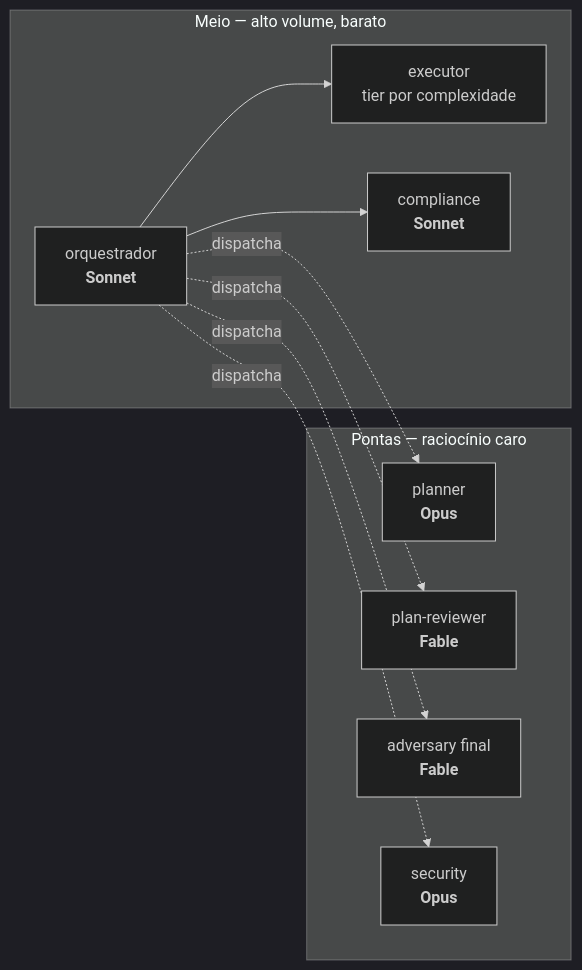
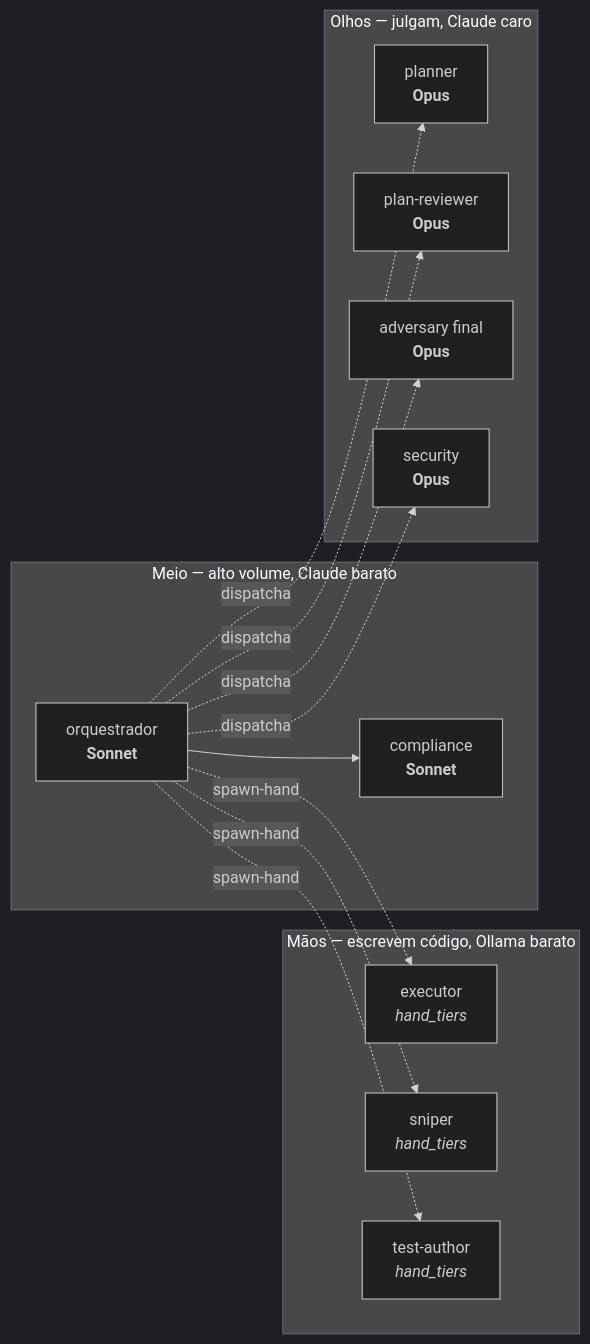
Before and after one commit to orobsonn/claude-harness: the third of 6 diagrams in README.md, drawn with Mermaid (dark theme). The commit also changed other lines of this file, not shown here.

````diff
--- a/README.md
+++ b/README.md
@@ -67,20 +67,26 @@
 ```mermaid
 flowchart LR
-    subgraph MEIO ["Meio — alto volume, barato"]
+    subgraph MAOS ["Mãos — escrevem código, Ollama barato"]
+        EXE["executor<br/><i>hand_tiers</i>"]
+        SNP["sniper<br/><i>hand_tiers</i>"]
+        TAU["test-author<br/><i>hand_tiers</i>"]
+    end
+    subgraph MEIO ["Meio — alto volume, Claude barato"]
         ORC["orquestrador<br/><b>Sonnet</b>"]
-        EXE["executor<br/>tier por complexidade"]
         CMP["compliance<br/><b>Sonnet</b>"]
     end
-    subgraph PONTAS ["Pontas — raciocínio caro"]
+    subgraph OLHOS ["Olhos — julgam, Claude caro"]
         PLA["planner<br/><b>Opus</b>"]
-        PRG["plan-reviewer<br/><b>Fable</b>"]
-        FAG["adversary final<br/><b>Fable</b>"]
+        PRG["plan-reviewer<br/><b>Opus</b>"]
+        FAG["adversary final<br/><b>Opus</b>"]
         SEG["security<br/><b>Opus</b>"]
     end
     ORC -.dispatcha.-> PLA
     ORC -.dispatcha.-> PRG
     ORC -.dispatcha.-> FAG
     ORC -.dispatcha.-> SEG
-    ORC --> EXE
+    ORC -.spawn-hand.-> EXE
+    ORC -.spawn-hand.-> SNP
+    ORC -.spawn-hand.-> TAU
     ORC --> CMP
 ```
````
